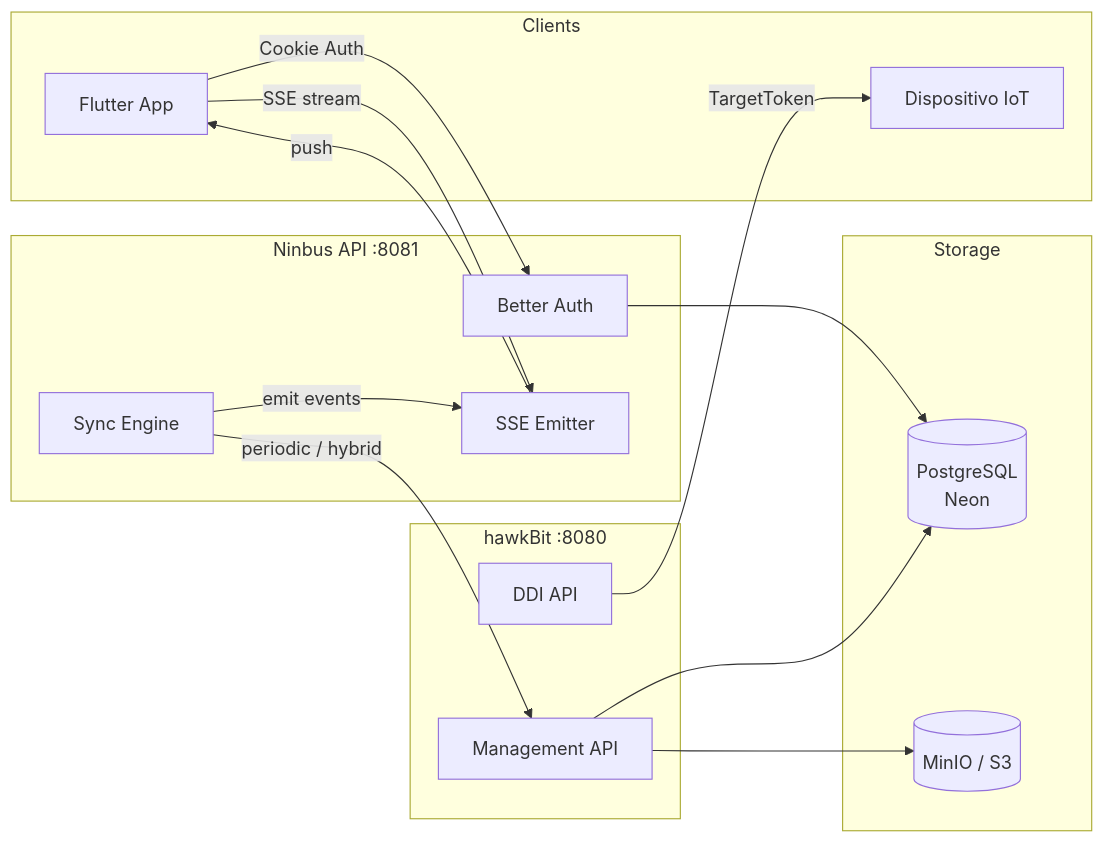
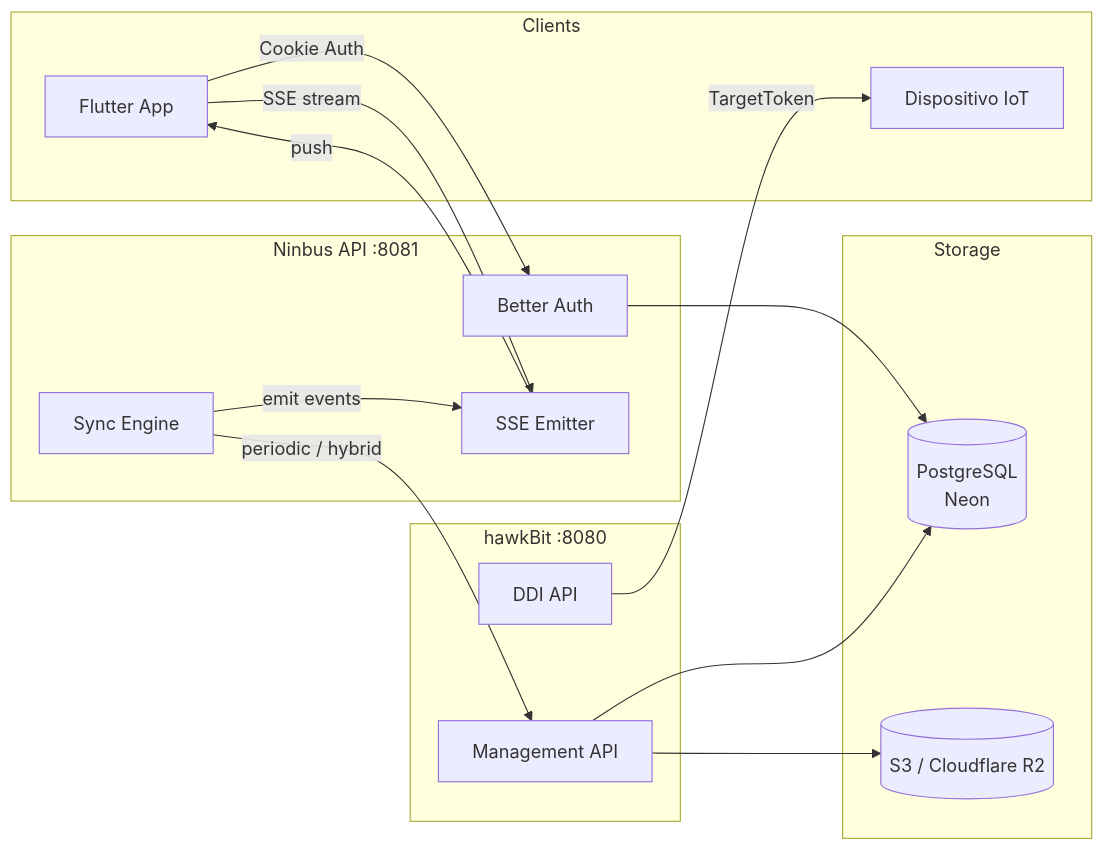
One commit to frt-tecnologia/Ninbus-api changed the first of 6 diagrams in README.md. Above: the diagram before and after it, drawn with Mermaid. The commit also changed other lines of this file and 6 other files, not shown here.

````diff
--- a/README.md
+++ b/README.md
@@ -11,34 +11,34 @@
 ```mermaid
 graph LR
     subgraph Clients
         FL[Flutter App]
         DEV[Dispositivo IoT]
     end
 
     subgraph Ninbus API :8081
         AUTH[Better Auth]
         SYNC[Sync Engine]
         SSE[SSE Emitter]
     end
 
     subgraph hawkBit :8080
         MGMT[Management API]
         DDI[DDI API]
     end
 
     subgraph Storage
         DB[(PostgreSQL<br/>Neon)]
-        S3[(MinIO / S3)]
+        S3[(S3 / Cloudflare R2)]
     end
 
     FL -->|Cookie Auth| AUTH
     FL -->|SSE stream| SSE
     AUTH --> DB
     SYNC -->|periodic / hybrid| MGMT
     MGMT --> DB
     DDI -->|TargetToken| DEV
     MGMT --> S3
 
     SYNC -->|emit events| SSE
     SSE -->|push| FL
 ```
````
